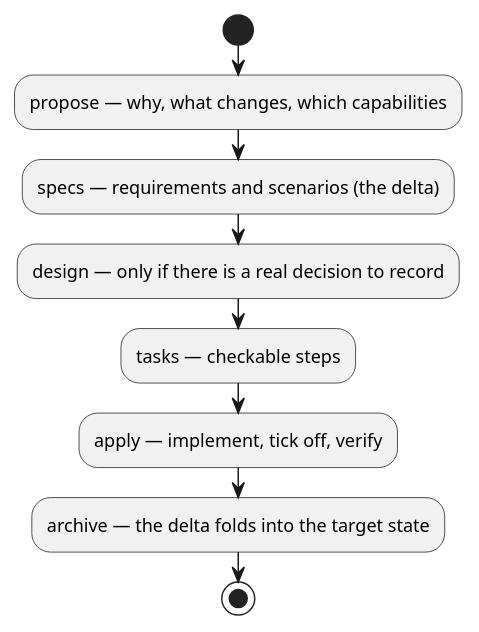
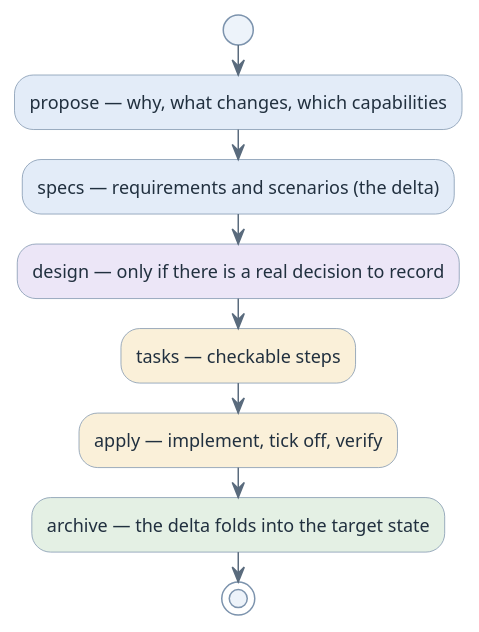
Before and after one commit to htl-leonding-college/curriculum-syp3: the diagram in modules/openspec-hands-on/index.adoc, drawn with PlantUML. The commit also changed 65 other files, not shown here.

First line of the commit message:
feat(site): give the diagrams a semantic pastel palette

```diff
--- a/modules/openspec-hands-on/index.adoc
+++ b/modules/openspec-hands-on/index.adoc
@@ -24,15 +24,24 @@
 [plantuml,openspec-loop,svg]
 ----
 @startuml
-skinparam monochrome true
+<style>
+element { BackgroundColor #EDF3FA; LineColor #7C93AD; FontColor #21303F }
+arrow { LineColor #5A6B7D; FontColor #21303F }
+.key { BackgroundColor #E3ECF8 }
+.work { BackgroundColor #FAF0D9 }
+.ok { BackgroundColor #E4F0E4 }
+.bad { BackgroundColor #F8E5E5 }
+.aside { BackgroundColor #ECE6F7 }
+.muted { BackgroundColor #F0F2F5 }
+</style>
 skinparam shadowing false
 start
-:propose — why, what changes, which capabilities;
-:specs — requirements and scenarios (the delta);
-:design — only if there is a real decision to record;
-:tasks — checkable steps;
-:apply — implement, tick off, verify;
-:archive — the delta folds into the target state;
+:propose — why, what changes, which capabilities; <<key>>
+:specs — requirements and scenarios (the delta); <<key>>
+:design — only if there is a real decision to record; <<aside>>
+:tasks — checkable steps; <<work>>
+:apply — implement, tick off, verify; <<work>>
+:archive — the delta folds into the target state; <<ok>>
 stop
 @enduml
 ----
```
